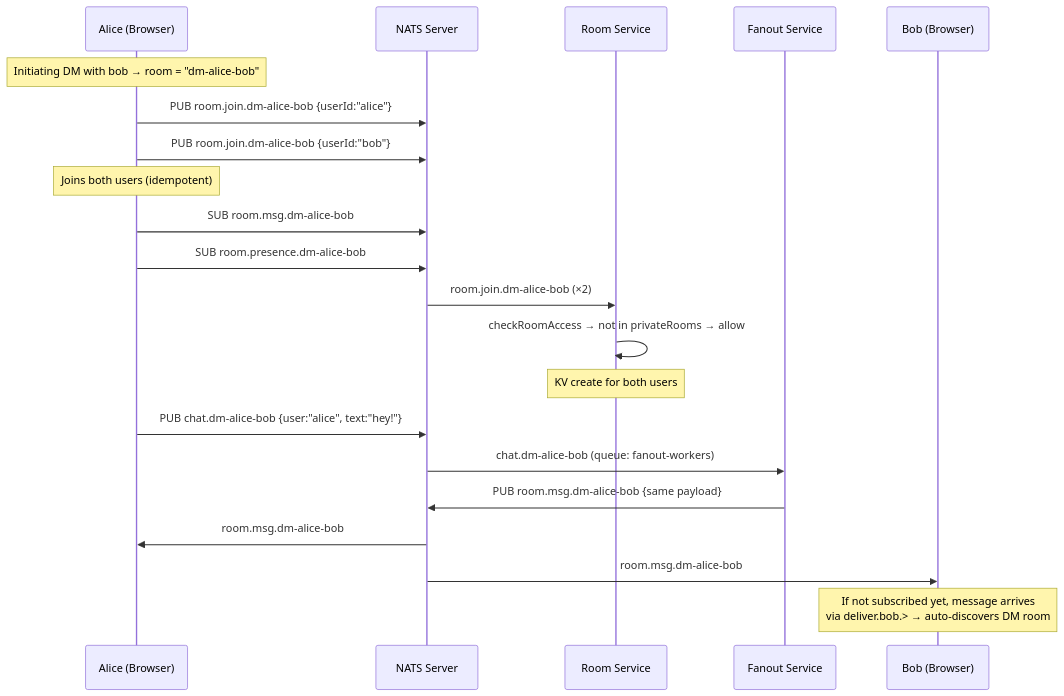
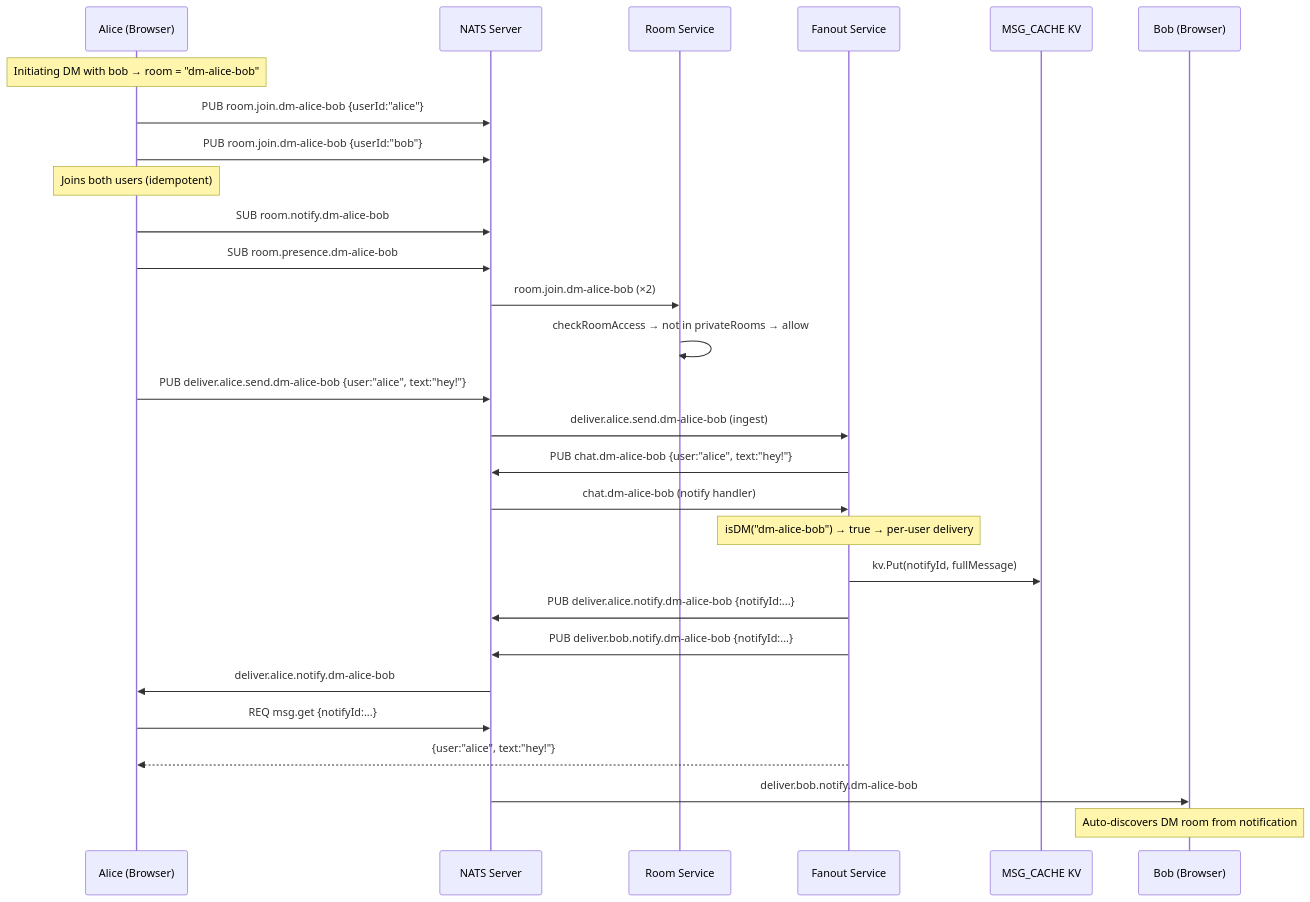
Diagram 13 of 16 in docs/plans/2026-02-25-room-subscription-design.md (julianshen/nats-chat-keycloak), drawn with Mermaid before and after one commit. The commit also changed other lines of this file, not shown here.

First line of the commit message:
docs: rewrite room subscription design for two-stream architecture

````diff
--- a/docs/plans/2026-02-25-room-subscription-design.md
+++ b/docs/plans/2026-02-25-room-subscription-design.md
@@ -429,29 +480,38 @@
 ```mermaid
 sequenceDiagram
     participant Alice as Alice (Browser)
     participant NATS as NATS Server
     participant RoomSvc as Room Service
     participant Fanout as Fanout Service
+    participant Cache as MSG_CACHE KV
     participant Bob as Bob (Browser)
 
     Note over Alice: Initiating DM with bob → room = "dm-alice-bob"
 
     Alice->>NATS: PUB room.join.dm-alice-bob {userId:"alice"}
     Alice->>NATS: PUB room.join.dm-alice-bob {userId:"bob"}
     Note over Alice: Joins both users (idempotent)
 
-    Alice->>NATS: SUB room.msg.dm-alice-bob
+    Alice->>NATS: SUB room.notify.dm-alice-bob
     Alice->>NATS: SUB room.presence.dm-alice-bob
 
     NATS->>RoomSvc: room.join.dm-alice-bob (×2)
     RoomSvc->>RoomSvc: checkRoomAccess → not in privateRooms → allow
-    Note over RoomSvc: KV create for both users
 
-    Alice->>NATS: PUB chat.dm-alice-bob {user:"alice", text:"hey!"}
-    NATS->>Fanout: chat.dm-alice-bob (queue: fanout-workers)
-    Fanout->>NATS: PUB room.msg.dm-alice-bob {same payload}
+    Alice->>NATS: PUB deliver.alice.send.dm-alice-bob {user:"alice", text:"hey!"}
+    NATS->>Fanout: deliver.alice.send.dm-alice-bob (ingest)
+    Fanout->>NATS: PUB chat.dm-alice-bob {user:"alice", text:"hey!"}
 
-    NATS->>Alice: room.msg.dm-alice-bob
-    NATS->>Bob: room.msg.dm-alice-bob
-    Note over Bob: If not subscribed yet, message arrives<br/>via deliver.bob.> → auto-discovers DM room
+    NATS->>Fanout: chat.dm-alice-bob (notify handler)
+    Note over Fanout: isDM("dm-alice-bob") → true → per-user delivery
+    Fanout->>Cache: kv.Put(notifyId, fullMessage)
+    Fanout->>NATS: PUB deliver.alice.notify.dm-alice-bob {notifyId:...}
+    Fanout->>NATS: PUB deliver.bob.notify.dm-alice-bob {notifyId:...}
+
+    NATS->>Alice: deliver.alice.notify.dm-alice-bob
+    Alice->>NATS: REQ msg.get {notifyId:...}
+    Fanout-->>Alice: {user:"alice", text:"hey!"}
+
+    NATS->>Bob: deliver.bob.notify.dm-alice-bob
+    Note over Bob: Auto-discovers DM room from notification
 ```
````
